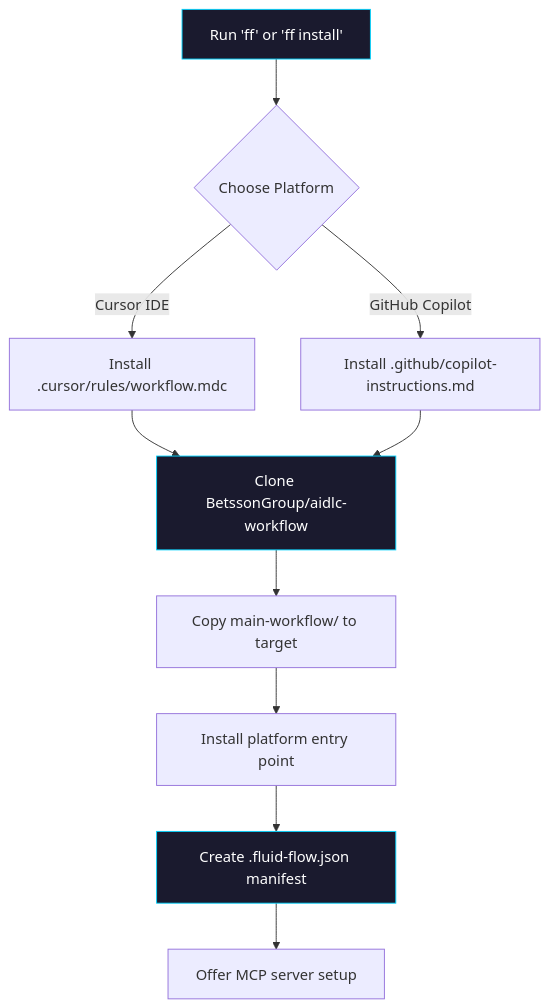
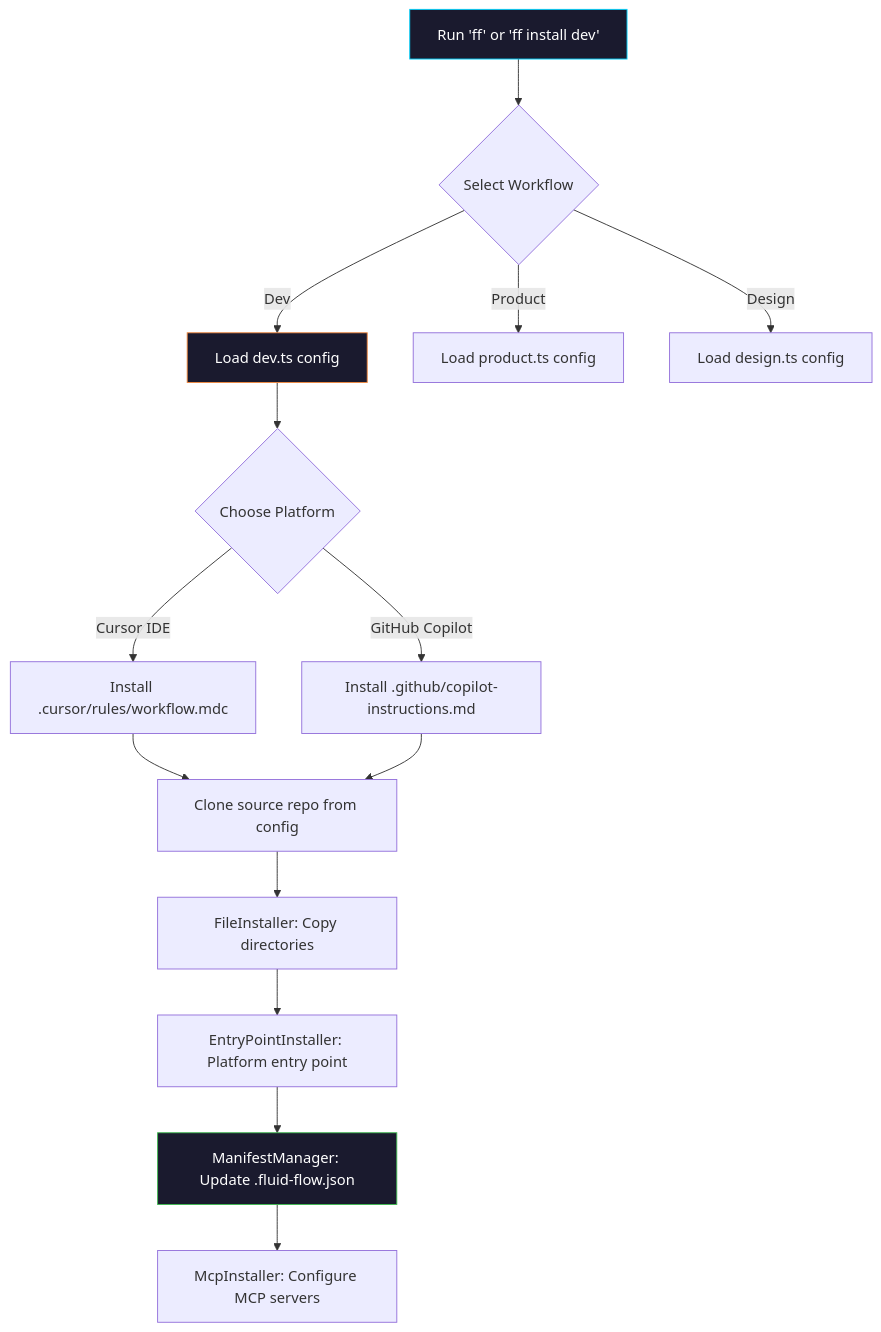
The first of 2 diagrams in README.md (premkumarjanagarajan/cdl-ff-cli), drawn with Mermaid before and after one commit. The commit also changed other lines of this file, not shown here.

First line of the commit message:
docs: update README for multi-workflow architecture

````diff
--- a/README.md
+++ b/README.md
@@ -395,18 +425,23 @@
 ```mermaid
 graph TD
-    A[Run 'ff' or 'ff install'] --> B{Choose Platform}
-    B -->|Cursor IDE| C[Install .cursor/rules/workflow.mdc]
-    B -->|GitHub Copilot| D[Install .github/copilot-instructions.md]
+    A["Run 'ff' or 'ff install dev'"] --> B{Select Workflow}
+    B -->|Dev| C[Load dev.ts config]
+    B -->|Product| D[Load product.ts config]
+    B -->|Design| E[Load design.ts config]
     
-    C --> E[Clone BetssonGroup/aidlc-workflow]
-    D --> E
+    C --> F{Choose Platform}
+    F -->|Cursor IDE| G[Install .cursor/rules/workflow.mdc]
+    F -->|GitHub Copilot| H[Install .github/copilot-instructions.md]
     
-    E --> F[Copy main-workflow/ to target]
-    F --> G[Install platform entry point]
-    G --> H[Create .fluid-flow.json manifest]
-    H --> I[Offer MCP server setup]
+    G --> I[Clone source repo from config]
+    H --> I
+    
+    I --> J[FileInstaller: Copy directories]
+    J --> K[EntryPointInstaller: Platform entry point]
+    K --> L[ManifestManager: Update .fluid-flow.json]
+    L --> M[McpInstaller: Configure MCP servers]
     
     style A fill:#1a1a2e,stroke:#00d4ff,color:#fff
-    style E fill:#1a1a2e,stroke:#00d4ff,color:#fff
-    style H fill:#1a1a2e,stroke:#00d4ff,color:#fff
+    style C fill:#1a1a2e,stroke:#f0883e,color:#fff
+    style L fill:#1a1a2e,stroke:#3fb950,color:#fff
 ```
````
